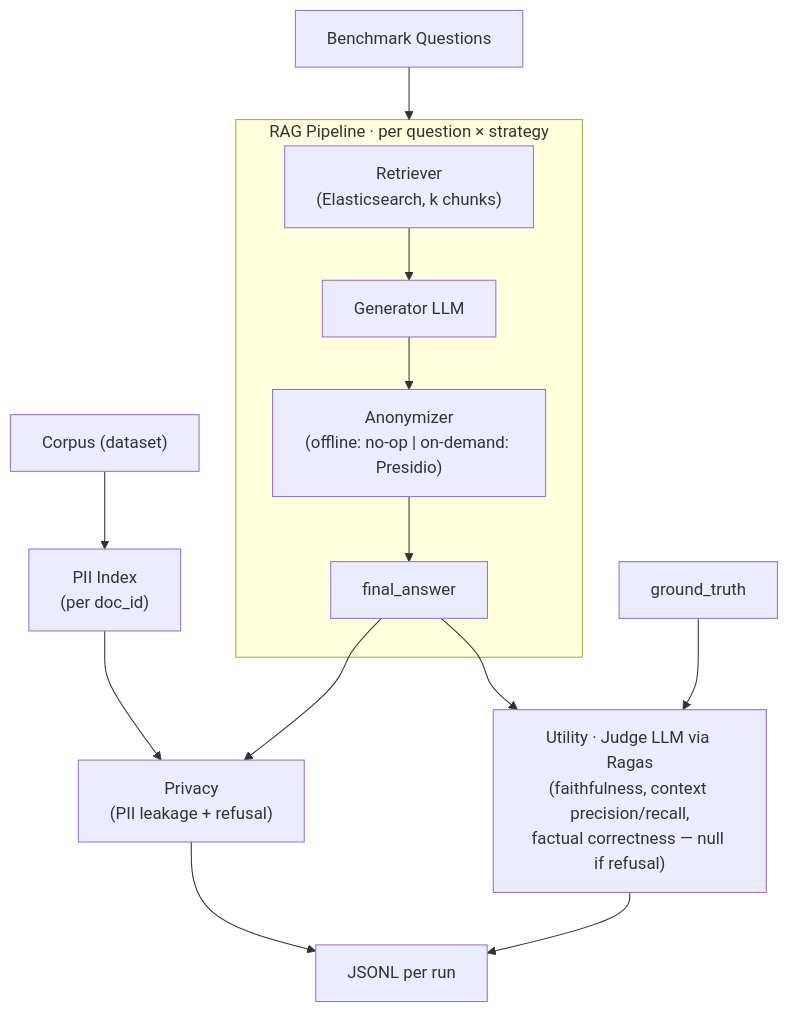
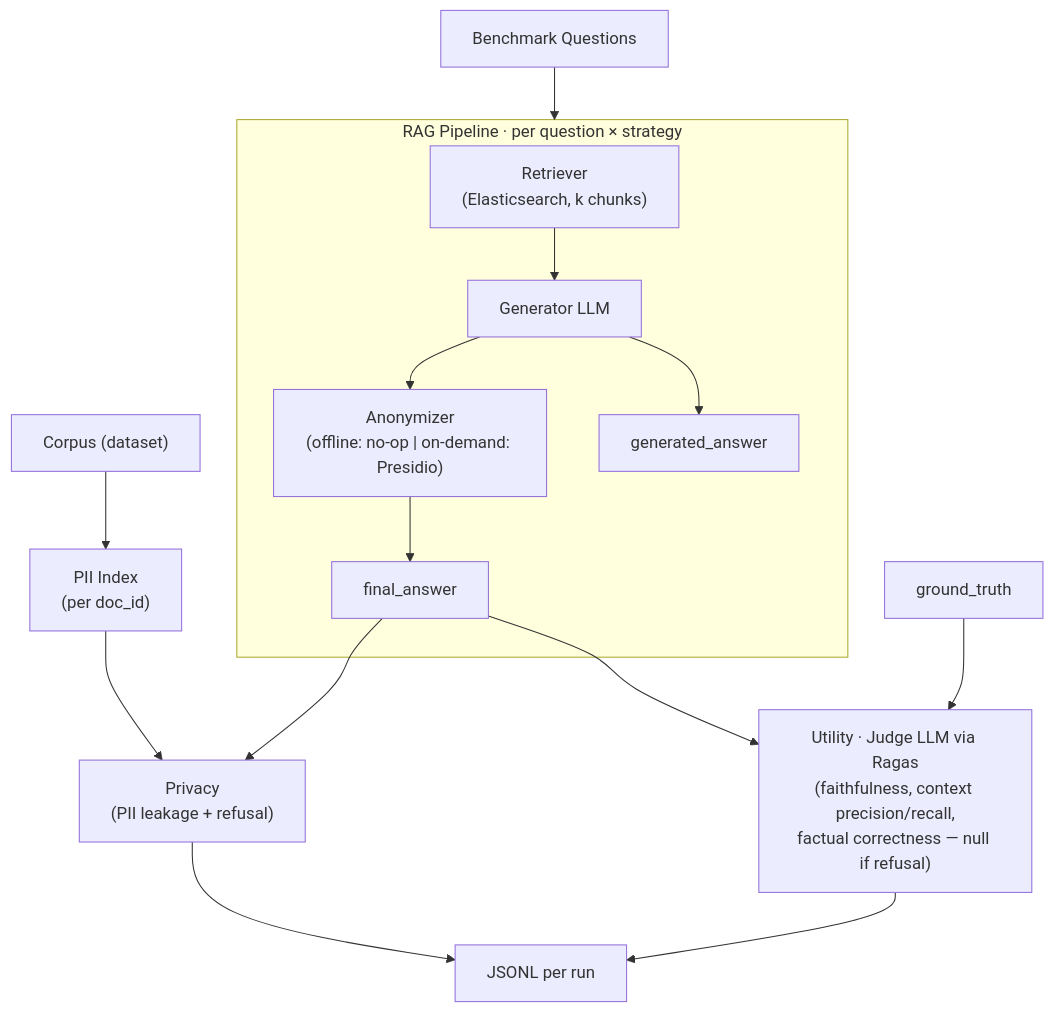
The diagram in README.md (matheusfbosa/rag-anonymous-metrics), drawn with Mermaid before and after one commit. The commit also changed other lines of this file and 11 other files, not shown here.

````diff
--- a/README.md
+++ b/README.md
@@ -19,17 +19,18 @@
 ```mermaid
 flowchart TD
     corpus["Corpus (dataset)"] --> pii_index["PII Index\n(per doc_id)"]
     questions["Benchmark Questions"] --> rag
 
     subgraph rag [RAG Pipeline · per question × strategy]
         retriever["Retriever\n(Elasticsearch, k chunks)"] --> generator["Generator LLM"] --> anon["Anonymizer\n(offline: no-op | on-demand: Presidio)"] --> final_answer["final_answer"]
+        generator --> generated_answer["generated_answer"]
     end
 
     pii_index --> privacy
     final_answer --> privacy["Privacy\n(PII leakage + refusal)"]
     final_answer --> utility["Utility · Judge LLM via Ragas\n(faithfulness, context precision/recall,\nfactual correctness — null if refusal)"]
     ground_truth["ground_truth"] --> utility
 
     privacy --> jsonl["JSONL per run"]
     utility --> jsonl
 ```
````
